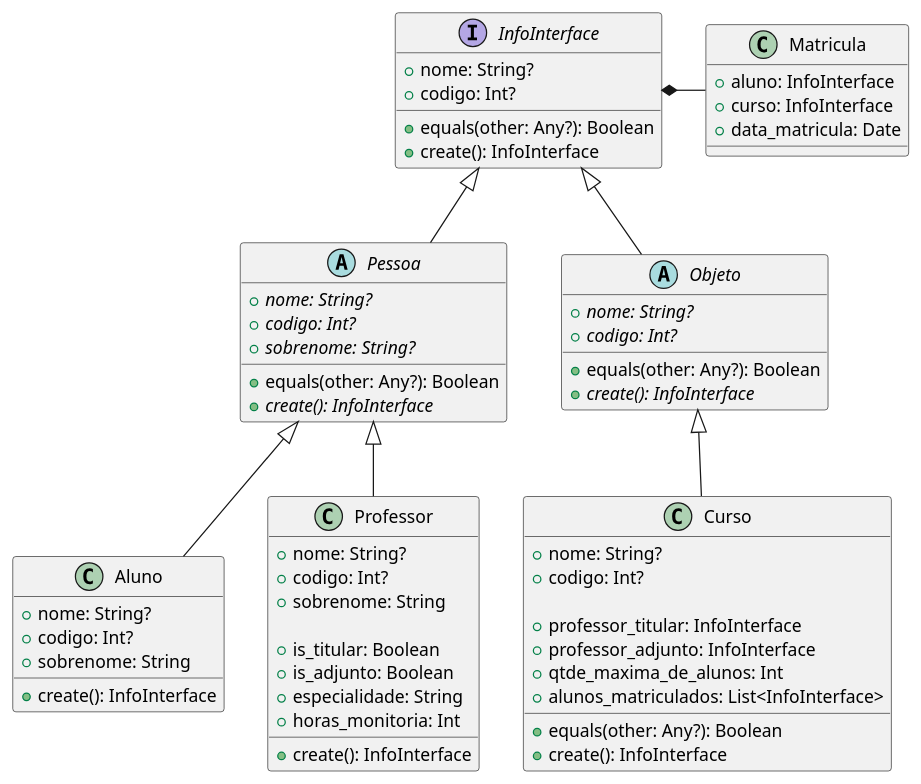
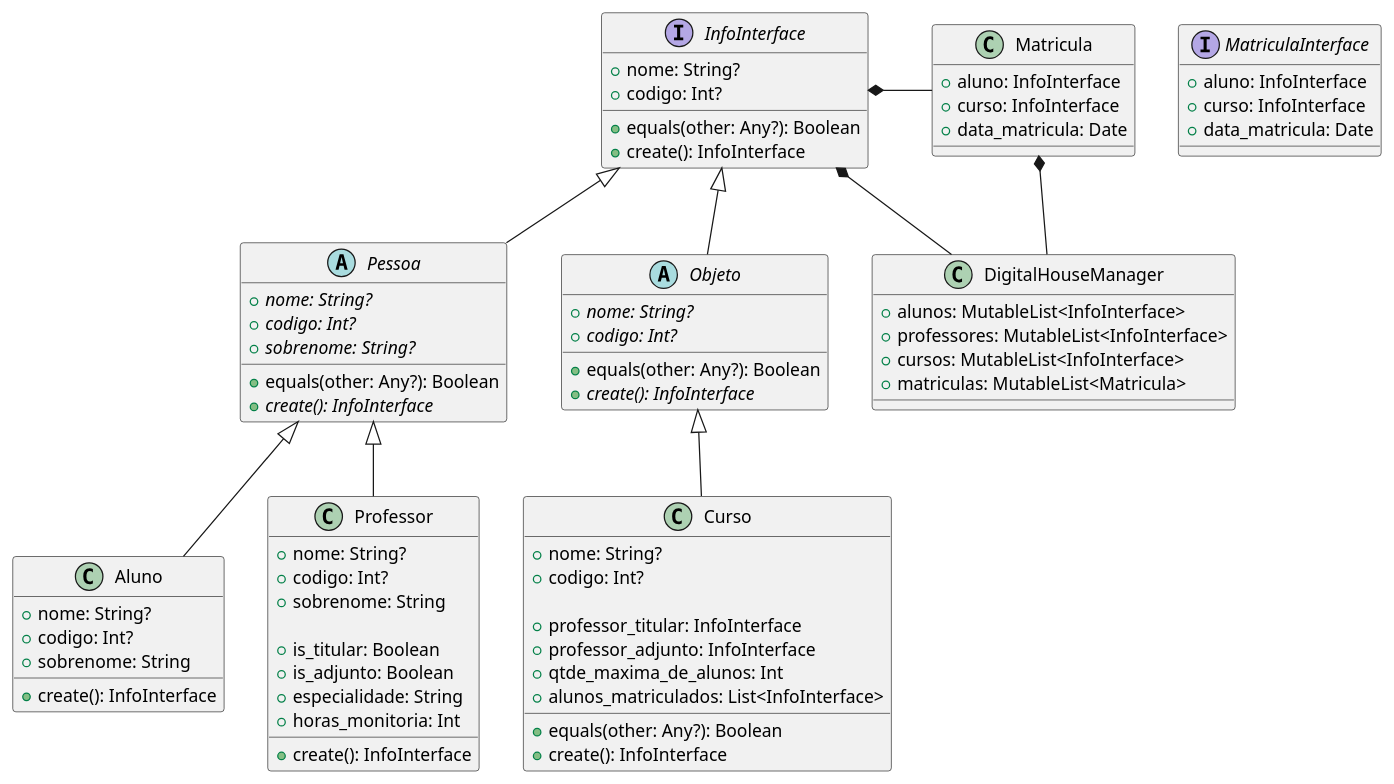
Before and after one commit to giovani-dev/Sistema-Escolar: the diagram in docs/class.puml, drawn with PlantUML. The commit also changed 7 other files, not shown here.

Commit message:
Feat: DigitalHouseManager

```diff
--- a/docs/class.puml
+++ b/docs/class.puml
@@ -1,77 +1,93 @@
 @startuml
 
 interface InfoInterface {
     + nome: String?
     + codigo: Int?
 
     + equals(other: Any?): Boolean
     + create(): InfoInterface
 }
 
 abstract Pessoa {
     + {abstract} nome: String?
     + {abstract} codigo: Int?
     + {abstract} sobrenome: String?
 
     + equals(other: Any?): Boolean
     + {abstract} create(): InfoInterface
 }
 
 class Aluno {
     + nome: String?
     + codigo: Int?
     + sobrenome: String
     + create(): InfoInterface
 }
 
 InfoInterface <|-- Pessoa
 Pessoa <|-- Aluno
 
 abstract Objeto {
     + {abstract} nome: String?
     + {abstract} codigo: Int?
 
     + equals(other: Any?): Boolean
     + {abstract} create(): InfoInterface
 }
 
 class Curso {
     + nome: String?
     + codigo: Int?
 
     + professor_titular: InfoInterface
     + professor_adjunto: InfoInterface
     + qtde_maxima_de_alunos: Int
     + alunos_matriculados: List<InfoInterface>
 
     + equals(other: Any?): Boolean
     + create(): InfoInterface
 }
 
 InfoInterface <|-- Objeto
 Objeto <|-- Curso
 
 class Professor {
     + nome: String?
     + codigo: Int?
     + sobrenome: String
 
     + is_titular: Boolean
     + is_adjunto: Boolean
     + especialidade: String
     + horas_monitoria: Int
 
     + create(): InfoInterface
 }
 
 Pessoa <|-- Professor
 
+interface MatriculaInterface {
+    + aluno: InfoInterface
+    + curso: InfoInterface
+    + data_matricula: Date
+}
+
 class Matricula {
     + aluno: InfoInterface
     + curso: InfoInterface
     + data_matricula: Date
 }
 
+class DigitalHouseManager {
+    + alunos: MutableList<InfoInterface>
+    + professores: MutableList<InfoInterface>
+    + cursos: MutableList<InfoInterface>
+    + matriculas: MutableList<Matricula>
+}
+
+Matricula *-- DigitalHouseManager
+InfoInterface *-- DigitalHouseManager
 InfoInterface *- Matricula
 
+
 @enduml
```
